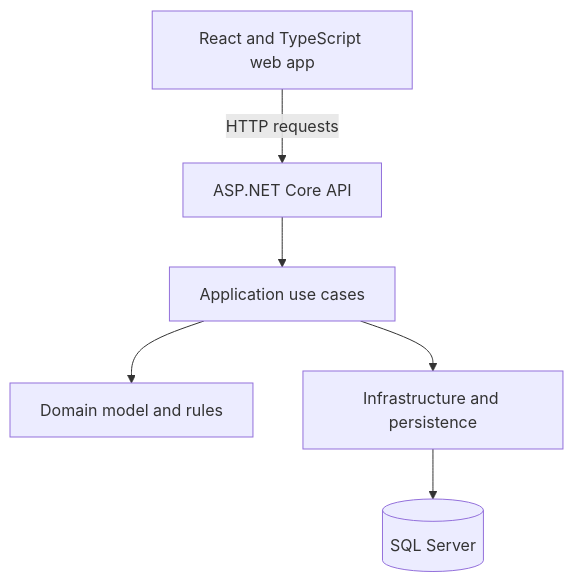
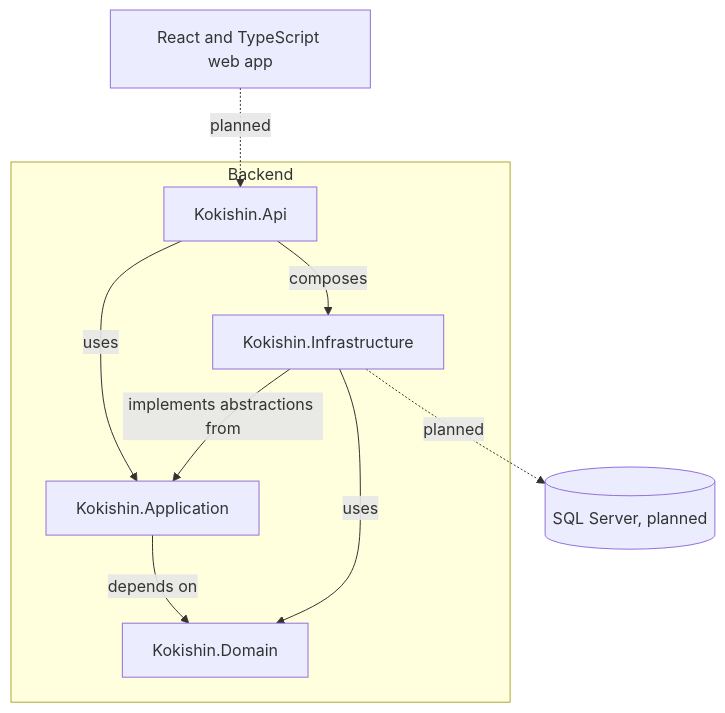
One commit to ithas2bee/Kokishin changed the diagram in docs/uml/component-diagram.md. Above: the diagram before and after it, drawn with Mermaid. The commit also changed other lines of this file and 12 other files, not shown here.

````diff
--- a/docs/uml/component-diagram.md
+++ b/docs/uml/component-diagram.md
@@ -5,15 +7,18 @@
 ```mermaid
 flowchart TB
-    Browser[React and TypeScript web app]
-    API[ASP.NET Core API]
-    Application[Application use cases]
-    Domain[Domain model and rules]
-    Infrastructure[Infrastructure and persistence]
-    Database[(SQL Server)]
+    Browser[React and TypeScript web app] -. planned .-> API
+    subgraph Backend
+        API[Kokishin.Api]
+        Application[Kokishin.Application]
+        Domain[Kokishin.Domain]
+        Infrastructure[Kokishin.Infrastructure]
+    end
+    Database[(SQL Server, planned)]
 
-    Browser -->|HTTP requests| API
-    API --> Application
-    Application --> Domain
-    Application --> Infrastructure
-    Infrastructure --> Database
+    API -->|uses| Application
+    API -->|composes| Infrastructure
+    Application -->|depends on| Domain
+    Infrastructure -->|implements abstractions from| Application
+    Infrastructure -->|uses| Domain
+    Infrastructure -. planned .-> Database
 ```
````
